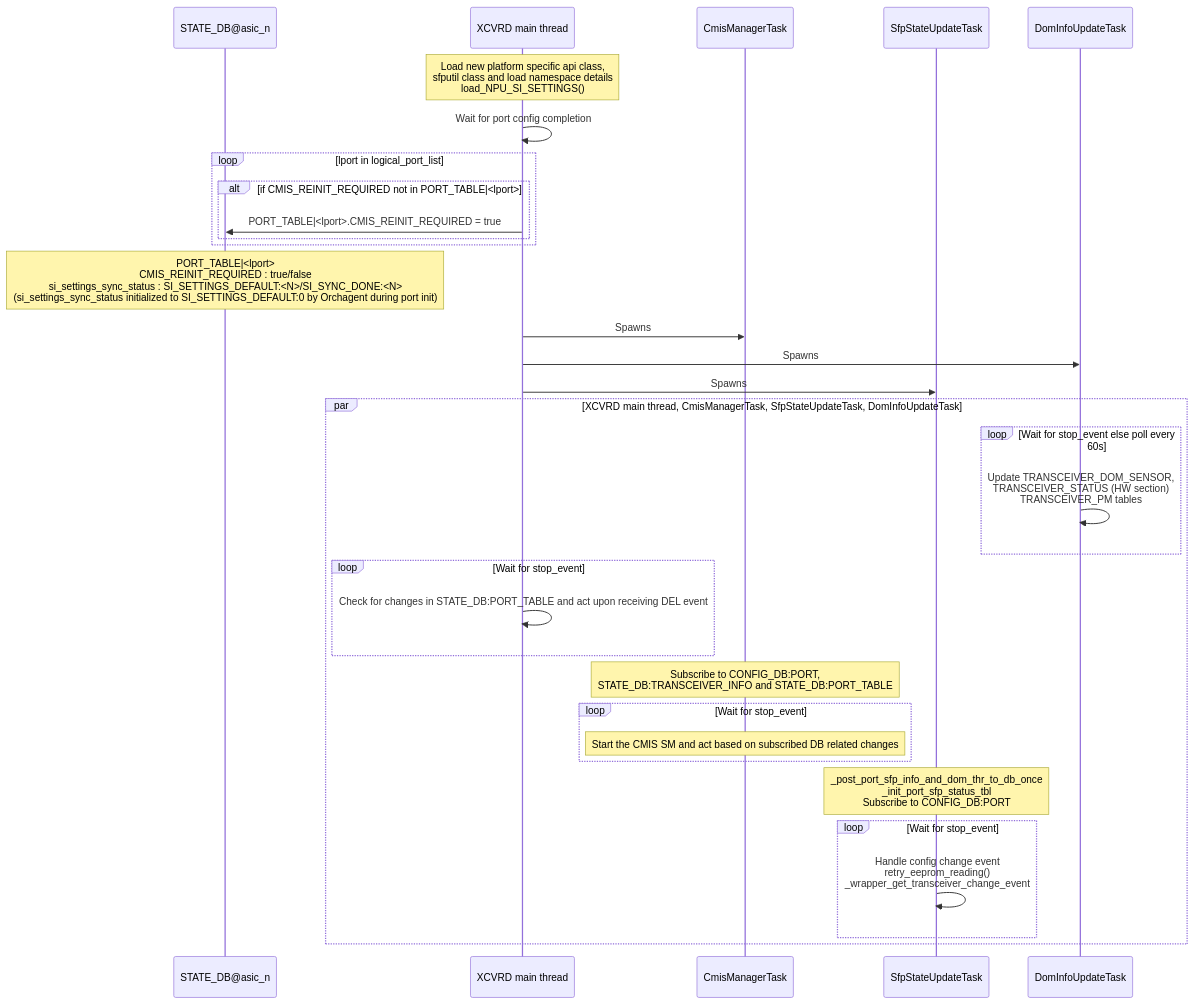
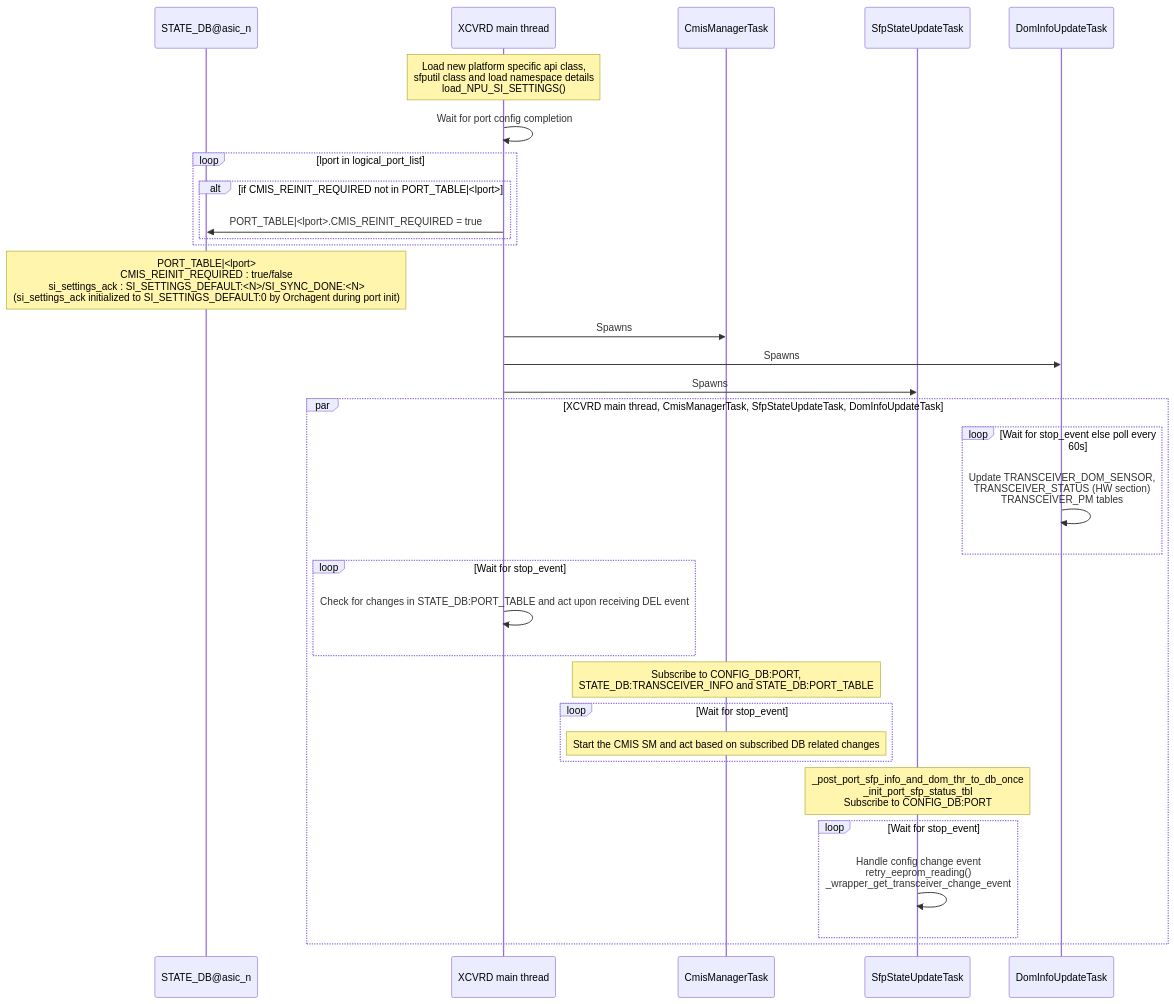
One commit to sonic-net/SONiC changed the first of 5 diagrams in doc/sfp-cmis/Interface-Link-bring-up-sequence.md. Above: the diagram before and after it, drawn with Mermaid. The commit also changed other lines of this file, not shown here.

````diff
--- a/doc/sfp-cmis/Interface-Link-bring-up-sequence.md
+++ b/doc/sfp-cmis/Interface-Link-bring-up-sequence.md
@@ -269,36 +278,36 @@
 ```mermaid
 sequenceDiagram
     participant STATE_DB as STATE_DB@asic_n
     participant XCVRDMT as XCVRD main thread
     participant CmisManagerTask
     participant SfpStateUpdateTask
     participant DomInfoUpdateTask
 
     Note over XCVRDMT: Load new platform specific api class,<br> sfputil class and load namespace details<br> load_NPU_SI_SETTINGS()
     XCVRDMT ->> XCVRDMT: Wait for port config completion
     loop lport in logical_port_list
         alt if CMIS_REINIT_REQUIRED not in PORT_TABLE|<lport>
             XCVRDMT ->> STATE_DB: PORT_TABLE|<lport>.CMIS_REINIT_REQUIRED = true
         end
     end
-    Note over STATE_DB: PORT_TABLE|<lport><br>CMIS_REINIT_REQUIRED : true/false<br>si_settings_sync_status : SI_SETTINGS_DEFAULT:<N>/SI_SYNC_DONE:<N><br>(si_settings_sync_status initialized to SI_SETTINGS_DEFAULT:0 by Orchagent during port init)
+    Note over STATE_DB: PORT_TABLE|<lport><br>CMIS_REINIT_REQUIRED : true/false<br>si_settings_ack : SI_SETTINGS_DEFAULT:<N>/SI_SYNC_DONE:<N><br>(si_settings_ack initialized to SI_SETTINGS_DEFAULT:0 by Orchagent during port init)
     XCVRDMT ->> CmisManagerTask: Spawns
     XCVRDMT ->> DomInfoUpdateTask: Spawns
     XCVRDMT ->> SfpStateUpdateTask: Spawns
     par XCVRD main thread, CmisManagerTask, SfpStateUpdateTask, DomInfoUpdateTask
         loop Wait for stop_event else poll every 60s
             DomInfoUpdateTask->>DomInfoUpdateTask: Update TRANSCEIVER_DOM_SENSOR,<br>TRANSCEIVER_STATUS (HW section)<br>TRANSCEIVER_PM tables
         end
         loop Wait for stop_event
             XCVRDMT->>XCVRDMT: Check for changes in STATE_DB:PORT_TABLE and act upon receiving DEL event
         end
         Note over CmisManagerTask: Subscribe to CONFIG_DB:PORT,<br>STATE_DB:TRANSCEIVER_INFO and STATE_DB:PORT_TABLE
         loop Wait for stop_event
             Note over CmisManagerTask: Start the CMIS SM and act based on subscribed DB related changes
         end
         Note over SfpStateUpdateTask: _post_port_sfp_info_and_dom_thr_to_db_once<br>_init_port_sfp_status_tbl<br>Subscribe to CONFIG_DB:PORT
         loop Wait for stop_event
             SfpStateUpdateTask ->> SfpStateUpdateTask: Handle config change event<br>retry_eeprom_reading()<br>_wrapper_get_transceiver_change_event
         end
     end
 ```
````
